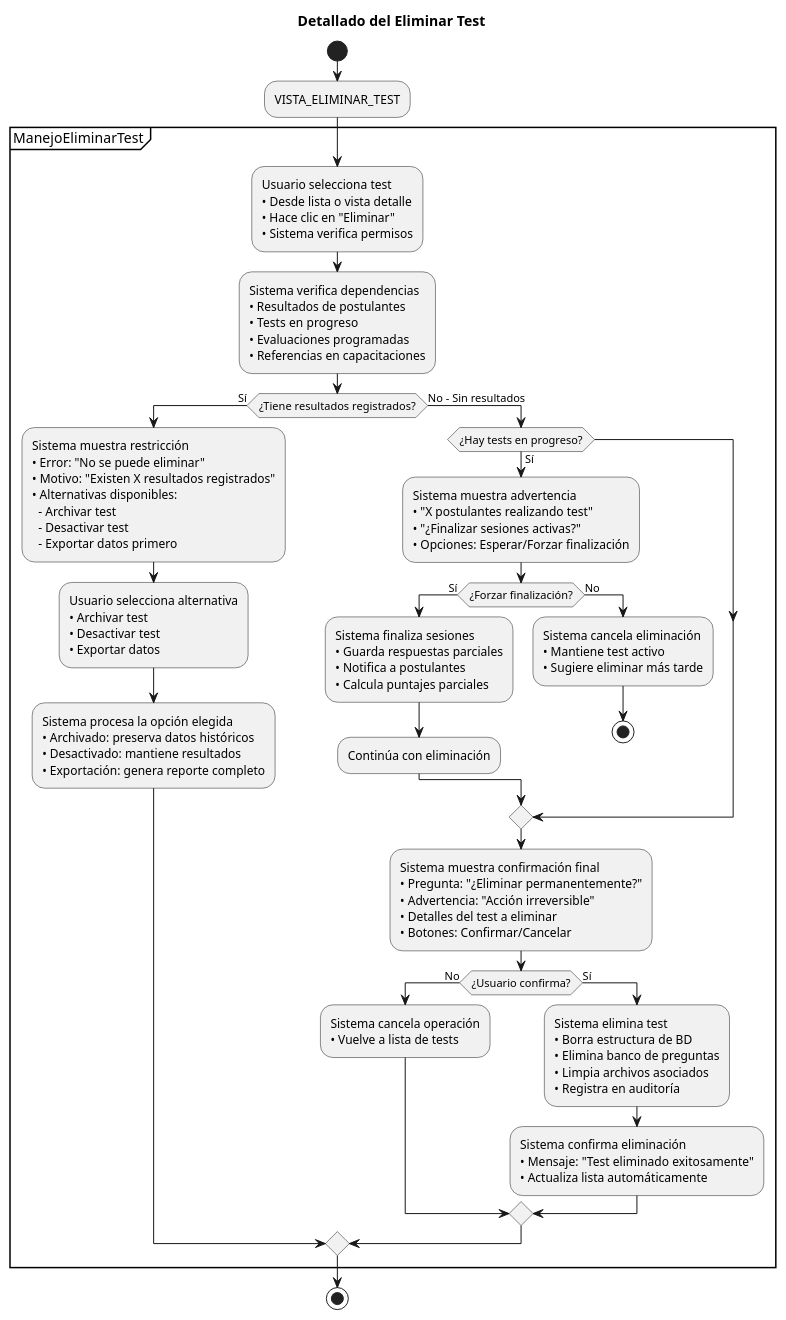
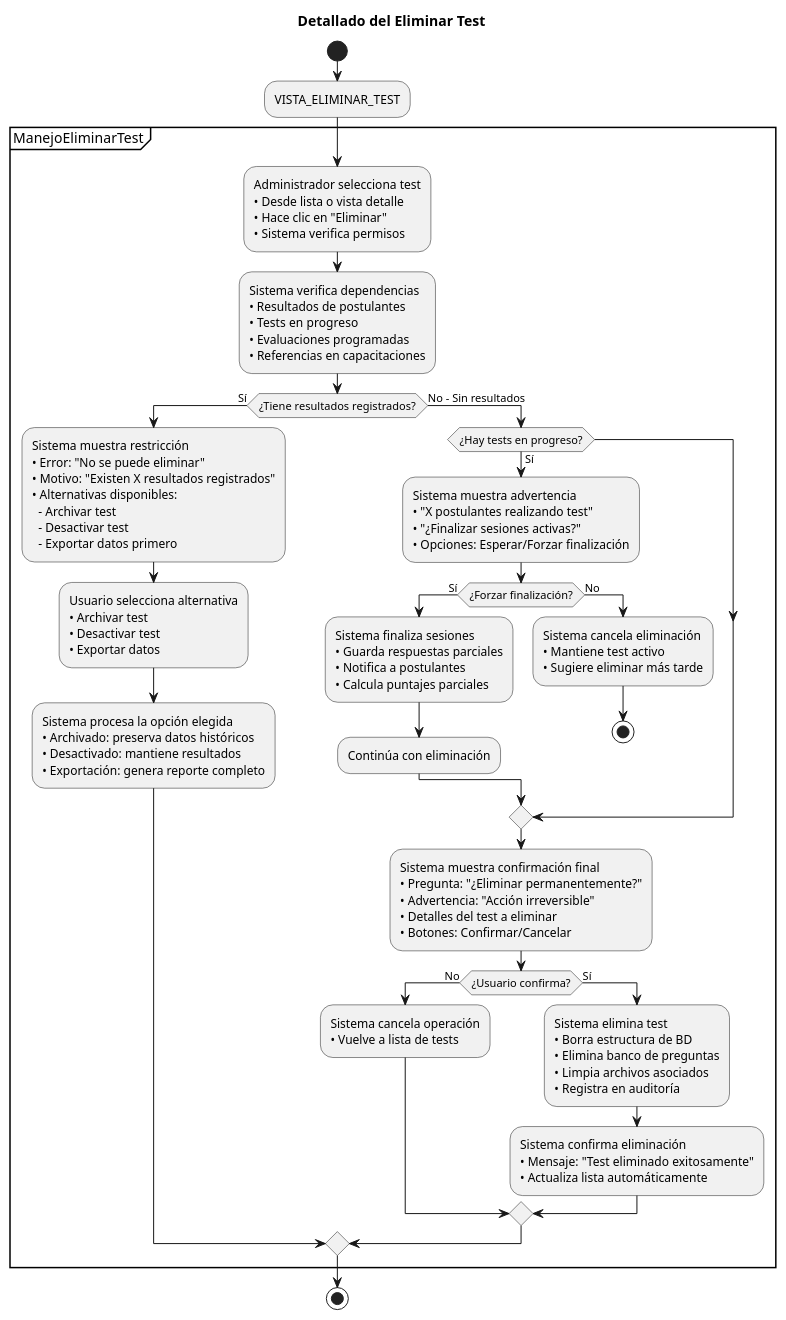
Before and after one commit to Dievex/24-25-IdSw1-SDR: the diagram in casos_de_uso/diagramas_casos_de_uso_detallados/eliminar_test.puml, drawn with PlantUML. The commit also changed 3 other files, not shown here.

Commit message:
docs(use-case-diagrams): update actor role from "Usuario" to "Administrador" changed from

```diff
--- a/casos_de_uso/diagramas_casos_de_uso_detallados/eliminar_test.puml
+++ b/casos_de_uso/diagramas_casos_de_uso_detallados/eliminar_test.puml
@@ -1,94 +1,94 @@
 @startuml
 title Detallado del Eliminar Test
 
 start
 
 :VISTA_ELIMINAR_TEST;
 
 partition ManejoEliminarTest {
   
-  :Usuario selecciona test
+  :Administrador selecciona test
   • Desde lista o vista detalle
   • Hace clic en "Eliminar"
   • Sistema verifica permisos;
   
   :Sistema verifica dependencias
   • Resultados de postulantes
   • Tests en progreso
   • Evaluaciones programadas
   • Referencias en capacitaciones;
   
   if (¿Tiene resultados registrados?) then (Sí)
     :Sistema muestra restricción
     • Error: "No se puede eliminar"
     • Motivo: "Existen X resultados registrados"
     • Alternativas disponibles:
       - Archivar test
       - Desactivar test
       - Exportar datos primero;
     
     :Usuario selecciona alternativa
     • Archivar test
     • Desactivar test  
     • Exportar datos;
     
     :Sistema procesa la opción elegida
     • Archivado: preserva datos históricos
     • Desactivado: mantiene resultados
     • Exportación: genera reporte completo;
     
   else (No - Sin resultados)
     if (¿Hay tests en progreso?) then (Sí)
       :Sistema muestra advertencia
       • "X postulantes realizando test"
       • "¿Finalizar sesiones activas?"
       • Opciones: Esperar/Forzar finalización;
       
       if (¿Forzar finalización?) then (Sí)
         :Sistema finaliza sesiones
         • Guarda respuestas parciales
         • Notifica a postulantes
         • Calcula puntajes parciales;
         
         :Continúa con eliminación;
         
       else (No)
         :Sistema cancela eliminación
         • Mantiene test activo
         • Sugiere eliminar más tarde;
         
         stop
         
       endif
       
     endif
     
     :Sistema muestra confirmación final
     • Pregunta: "¿Eliminar permanentemente?"
     • Advertencia: "Acción irreversible"
     • Detalles del test a eliminar
     • Botones: Confirmar/Cancelar;
     
     if (¿Usuario confirma?) then (No)
       :Sistema cancela operación
       • Vuelve a lista de tests;
       
     else (Sí)
       :Sistema elimina test
       • Borra estructura de BD
       • Elimina banco de preguntas
       • Limpia archivos asociados
       • Registra en auditoría;
       
       :Sistema confirma eliminación
       • Mensaje: "Test eliminado exitosamente"
       • Actualiza lista automáticamente;
       
     endif
     
   endif
   
 }
 
 stop
 @enduml
```
